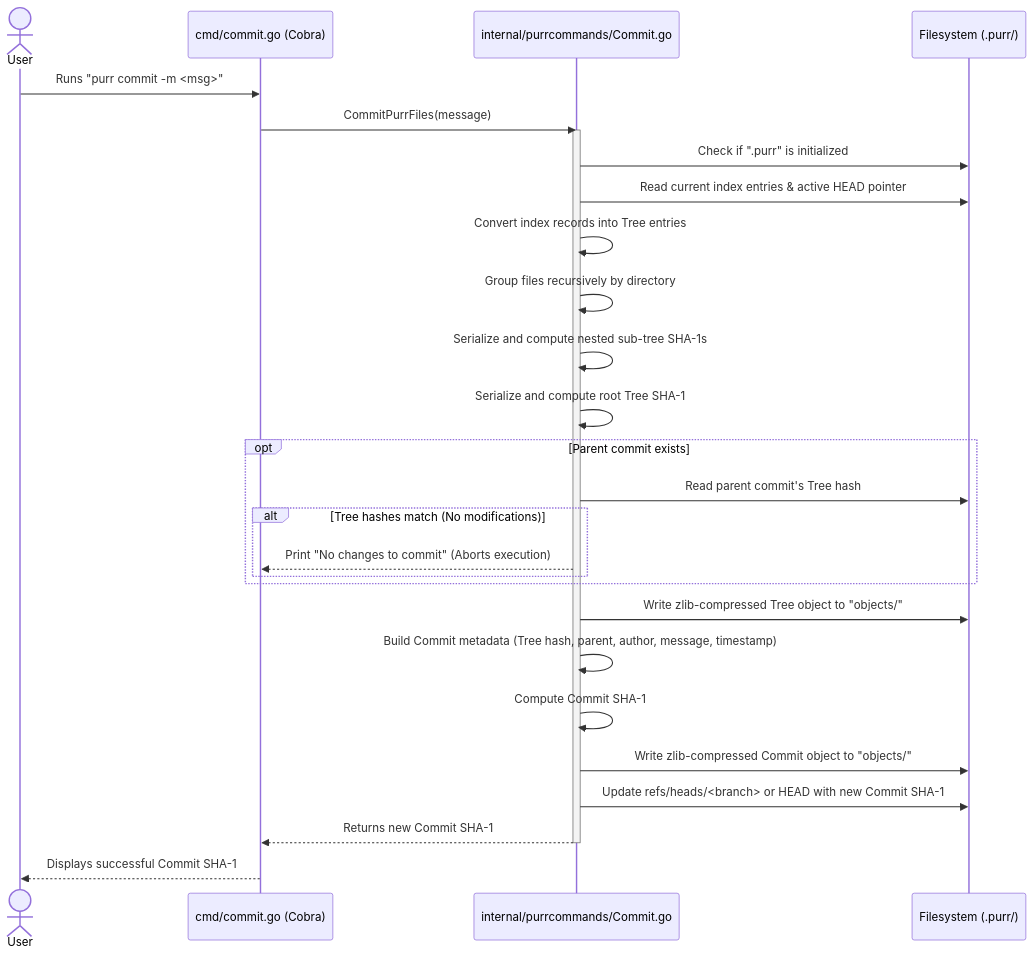
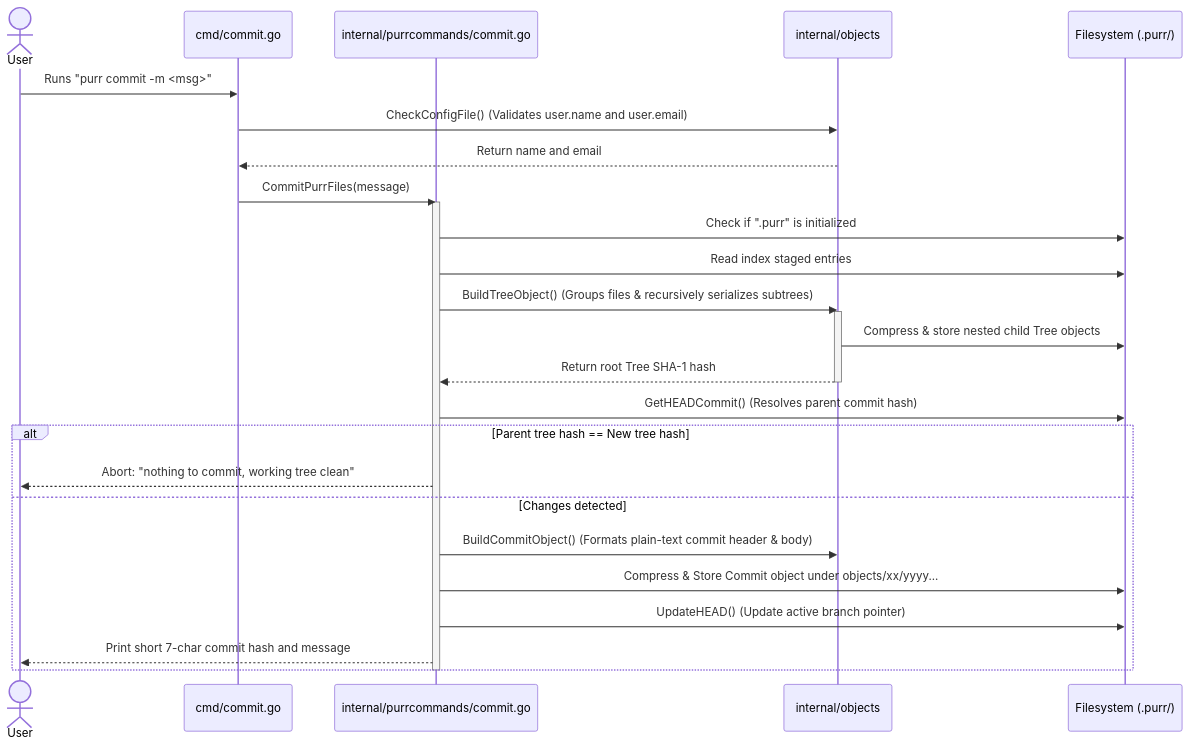
Before and after one commit to TheRealShek/persephone: the sixth of 6 diagrams in Docs/ARCHITECTURE.md, drawn with Mermaid. The commit also changed other lines of this file and 5 other files, not shown here.

````diff
--- a/Docs/ARCHITECTURE.md
+++ b/Docs/ARCHITECTURE.md
@@ -416,38 +309,32 @@
 ```mermaid
 sequenceDiagram
     actor User
-    participant CLI as cmd/commit.go (Cobra)
-    participant Core as internal/purrcommands/Commit.go
+    participant CLI as cmd/commit.go
+    participant Core as internal/purrcommands/commit.go
+    participant Util as internal/objects
     participant OS as Filesystem (.purr/)
 
     User->>CLI: Runs "purr commit -m <msg>"
+    CLI->>Util: CheckConfigFile() (Validates user.name and user.email)
+    Util-->>CLI: Return name and email
     CLI->>Core: CommitPurrFiles(message)
 
     activate Core
     Core->>OS: Check if ".purr" is initialized
-    Core->>OS: Read current index entries & active HEAD pointer
-
-    Core->>Core: Convert index records into Tree entries
-    Core->>Core: Group files recursively by directory
-    Core->>Core: Serialize and compute nested sub-tree SHA-1s
-    Core->>Core: Serialize and compute root Tree SHA-1
-
-    opt Parent commit exists
-        Core->>OS: Read parent commit's Tree hash
-        alt Tree hashes match (No modifications)
-            Core-->>CLI: Print "No changes to commit" (Aborts execution)
-        end
+    Core->>OS: Read index staged entries
+    Core->>Util: BuildTreeObject() (Groups files & recursively serializes subtrees)
+    activate Util
+    Util->>OS: Compress & store nested child Tree objects
+    Util-->>Core: Return root Tree SHA-1 hash
+    deactivate Util
+    Core->>OS: GetHEADCommit() (Resolves parent commit hash)
+    alt Parent tree hash == New tree hash
+        Core-->>User: Abort: "nothing to commit, working tree clean"
+    else Changes detected
+        Core->>Util: BuildCommitObject() (Formats plain-text commit header & body)
+        Core->>OS: Compress & Store Commit object under objects/xx/yyyy...
+        Core->>OS: UpdateHEAD() (Update active branch pointer)
+        Core-->>User: Print short 7-char commit hash and message
     end
-
-    Core->>OS: Write zlib-compressed Tree object to "objects/"
-
-    Core->>Core: Build Commit metadata (Tree hash, parent, author, message, timestamp)
-    Core->>Core: Compute Commit SHA-1
-    Core->>OS: Write zlib-compressed Commit object to "objects/"
-
-    Core->>OS: Update refs/heads/<branch> or HEAD with new Commit SHA-1
-
-    Core-->>CLI: Returns new Commit SHA-1
     deactivate Core
-    CLI-->>User: Displays successful Commit SHA-1
 ```
````
